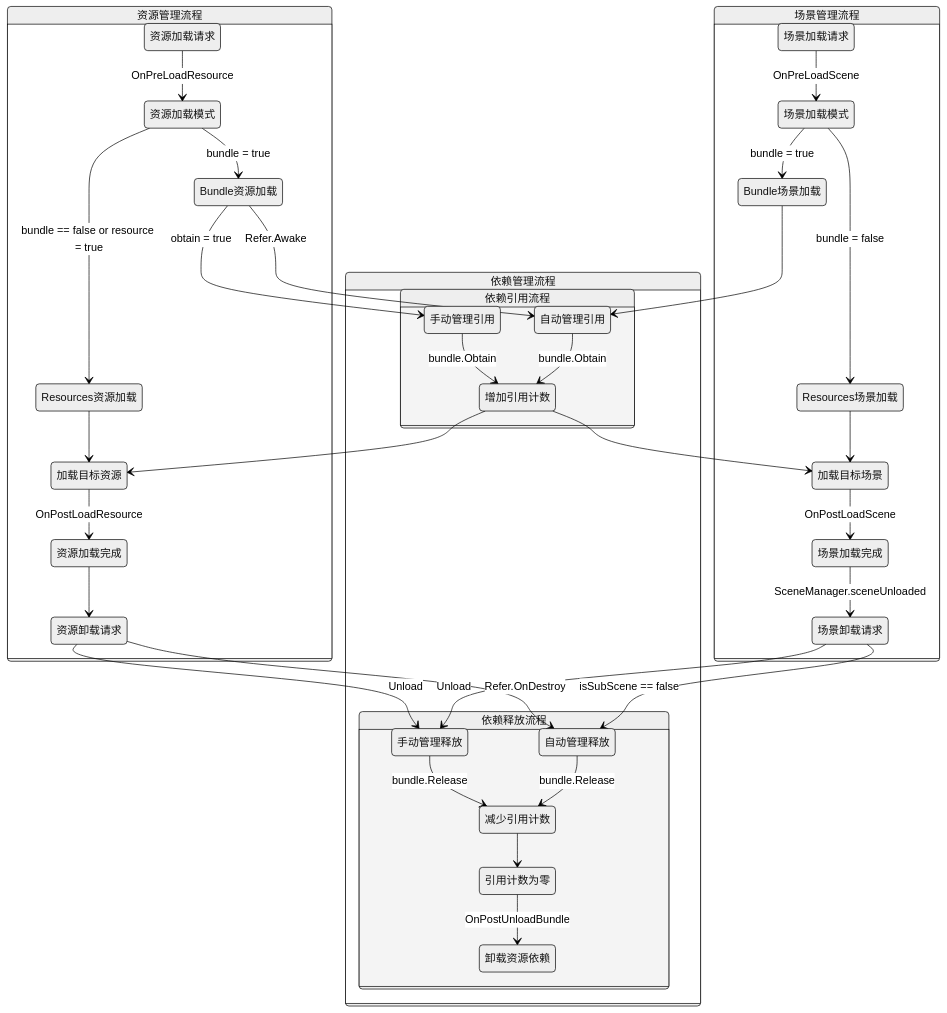
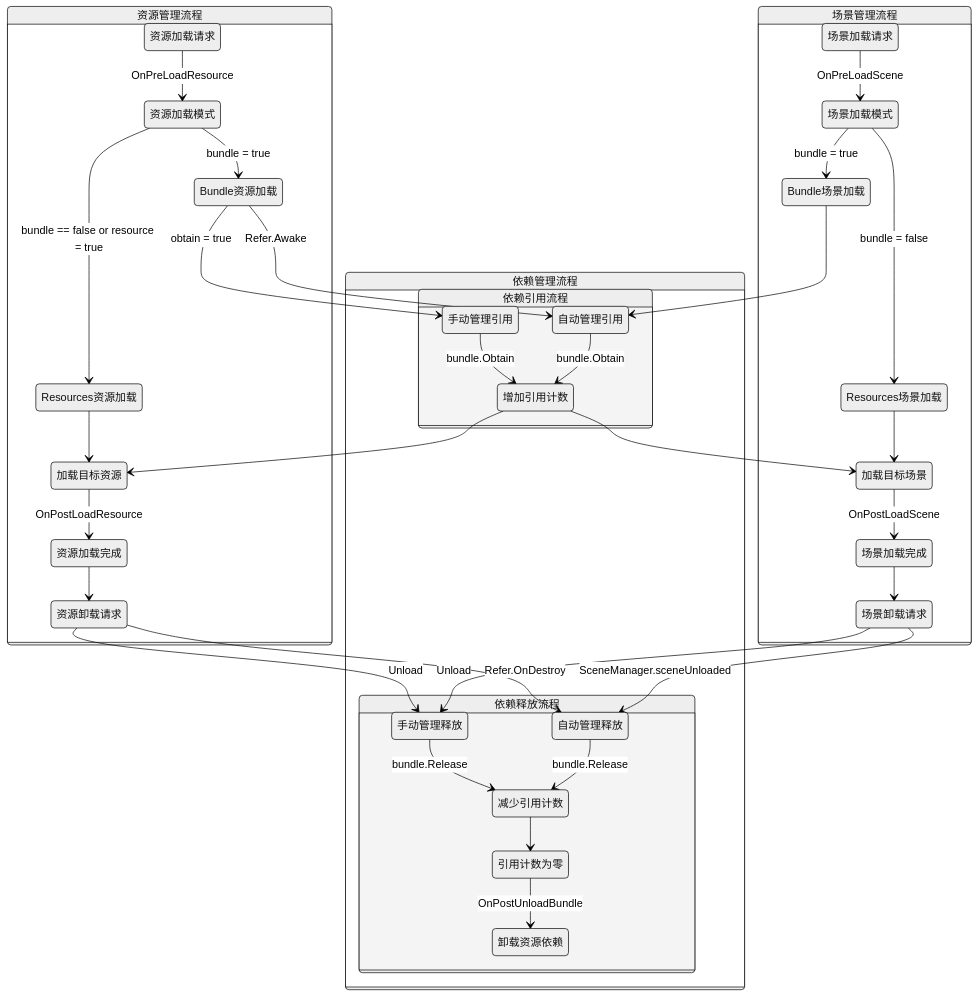
The diagram in Documentation~/XAsset.Core.md (eframework-org/U3D.RES), drawn with Mermaid (neutral theme) before and after one commit. The commit also changed 3 other files, not shown here.

Commit message:
fix：修复 Scene 模块响应 SceneManager.sceneLoaded 时侵入式修改 isSubScene 的问题

````diff
--- a/Documentation~/XAsset.Core.md
+++ b/Documentation~/XAsset.Core.md
@@ -20,54 +20,54 @@
 ```mermaid
 stateDiagram-v2
     direction TB
 
     state 资源管理流程 {
         资源加载请求 --> 资源加载模式 : OnPreLoadResource
         
         资源加载模式 --> Bundle资源加载 : bundle = true
         资源加载模式 --> Resources资源加载 : bundle == false or resource = true
         
         Bundle资源加载 --> 手动管理引用 : obtain = true
         Bundle资源加载 --> 自动管理引用 : Refer.Awake
         Resources资源加载 --> 加载目标资源
         
         增加引用计数 --> 加载目标资源
         加载目标资源 --> 资源加载完成 : OnPostLoadResource
 
         资源加载完成 --> 资源卸载请求
-        资源卸载请求 --> 手动管理释放: Unload
-        资源卸载请求 --> 自动管理释放: Refer.OnDestroy
+        资源卸载请求 --> 手动管理释放 : Unload
+        资源卸载请求 --> 自动管理释放 : Refer.OnDestroy
     }
 
     state 场景管理流程 {
         场景加载请求 --> 场景加载模式 : OnPreLoadScene
         
         场景加载模式 --> Bundle场景加载 : bundle = true
         场景加载模式 --> Resources场景加载 : bundle = false
 
         Bundle场景加载 --> 自动管理引用
         Resources场景加载 --> 加载目标场景
         
         增加引用计数 --> 加载目标场景
         加载目标场景 --> 场景加载完成 : OnPostLoadScene
 
-        场景加载完成 --> 场景卸载请求 : SceneManager.sceneUnloaded
-        场景卸载请求 --> 手动管理释放: Unload
-        场景卸载请求 --> 自动管理释放 : isSubScene == false
+        场景加载完成 --> 场景卸载请求
+        场景卸载请求 --> 手动管理释放 : Unload
+        场景卸载请求 --> 自动管理释放 : SceneManager.sceneUnloaded
     }
 
     state 依赖管理流程 {
         state 依赖引用流程 {
             手动管理引用 --> 增加引用计数 : bundle.Obtain
             自动管理引用 --> 增加引用计数 : bundle.Obtain
         }
 
         state 依赖释放流程 {
             手动管理释放 --> 减少引用计数 : bundle.Release
             自动管理释放 --> 减少引用计数 : bundle.Release
             
             减少引用计数 --> 引用计数为零
             引用计数为零 --> 卸载资源依赖 : OnPostUnloadBundle
         }
     }
 ```
````
